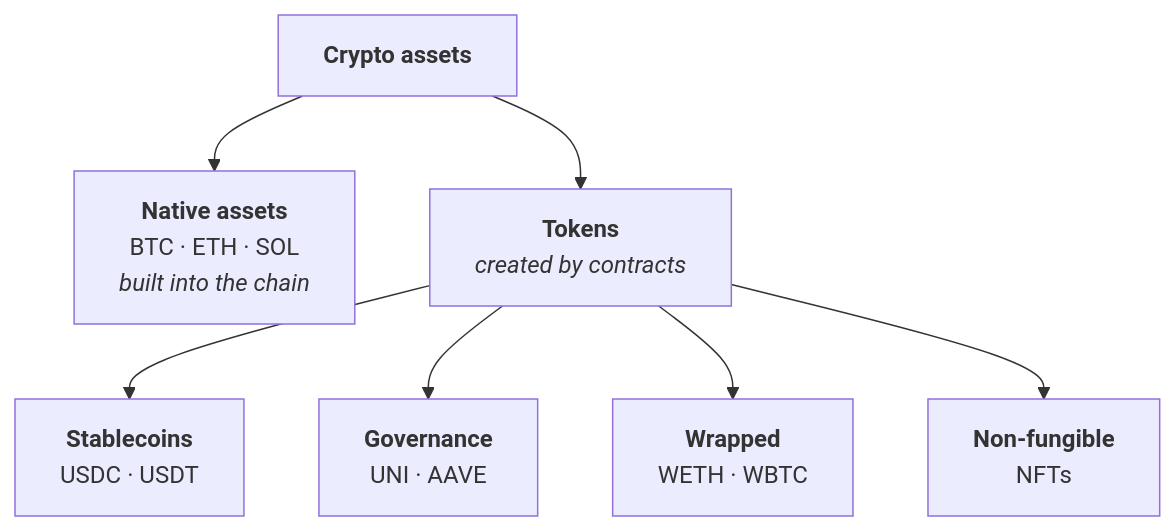
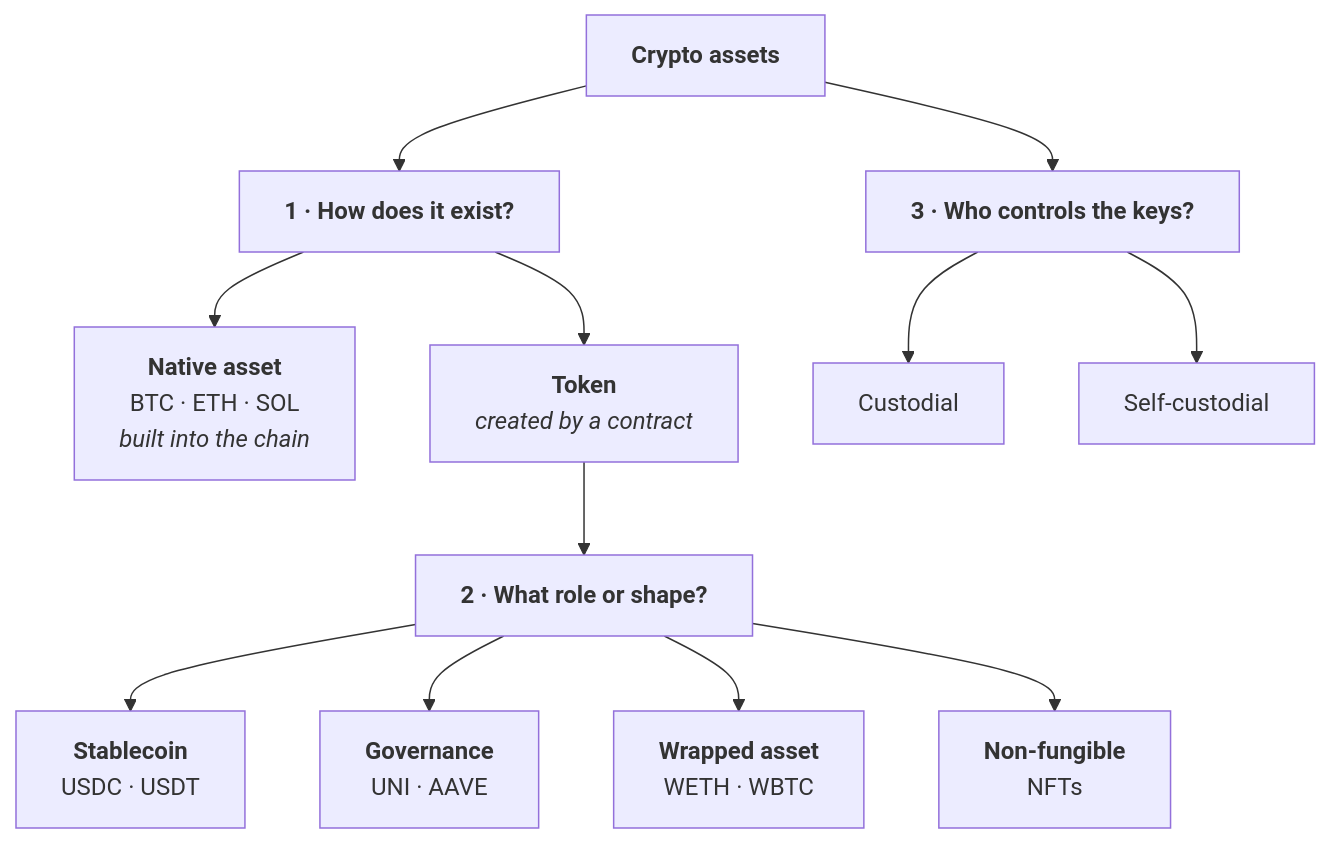
Before and after one commit to Blockchain-NTU-SG/academy-handbook: the diagram in docs/foundation/week-1/part-5-crypto-asset-map.md, drawn with Mermaid. The commit also changed other lines of this file and 12 other files, not shown here.

````diff
--- a/docs/foundation/week-1/part-5-crypto-asset-map.md
+++ b/docs/foundation/week-1/part-5-crypto-asset-map.md
@@ -28,10 +28,15 @@
 ```mermaid
 flowchart TD
   A["<b>Crypto assets</b>"]
-  A --> N["<b>Native assets</b><br/>BTC · ETH · SOL<br/><i>built into the chain</i>"]
-  A --> T["<b>Tokens</b><br/><i>created by contracts</i>"]
-  T --> S["<b>Stablecoins</b><br/>USDC · USDT"]
-  T --> G["<b>Governance</b><br/>UNI · AAVE"]
-  T --> W["<b>Wrapped</b><br/>WETH · WBTC"]
-  T --> F["<b>Non-fungible</b><br/>NFTs"]
+  A --> Q1["<b>1 · How does it exist?</b>"]
+  Q1 --> N["<b>Native asset</b><br/>BTC · ETH · SOL<br/><i>built into the chain</i>"]
+  Q1 --> T["<b>Token</b><br/><i>created by a contract</i>"]
+  T --> Q2["<b>2 · What role or shape?</b>"]
+  Q2 --> S["<b>Stablecoin</b><br/>USDC · USDT"]
+  Q2 --> G["<b>Governance</b><br/>UNI · AAVE"]
+  Q2 --> W["<b>Wrapped asset</b><br/>WETH · WBTC"]
+  Q2 --> F["<b>Non-fungible</b><br/>NFTs"]
+  A --> Q3["<b>3 · Who controls the keys?</b>"]
+  Q3 --> C["Custodial"]
+  Q3 --> SC["Self-custodial"]
 ```
````
